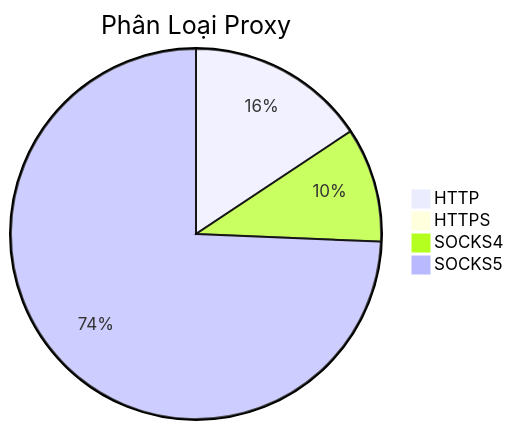
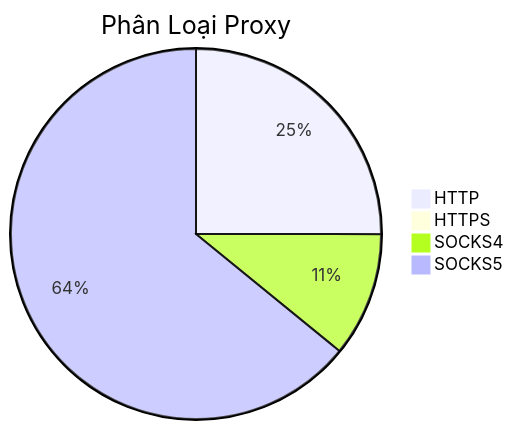
One commit to Ciara-12/PROXY-free changed the diagram in README.md. Above: the diagram before and after it, drawn with Mermaid. The commit also changed other lines of this file and 4 other files, not shown here.

````diff
--- a/README.md
+++ b/README.md
@@ -26,7 +26,7 @@
 ```mermaid
 pie title Phân Loại Proxy
-    "HTTP" : 514
-    "HTTPS" : 2
-    "SOCKS4" : 328
-    "SOCKS5" : 2440
+    "HTTP" : 554
+    "HTTPS" : 1
+    "SOCKS4" : 241
+    "SOCKS5" : 1420
 ```
````
